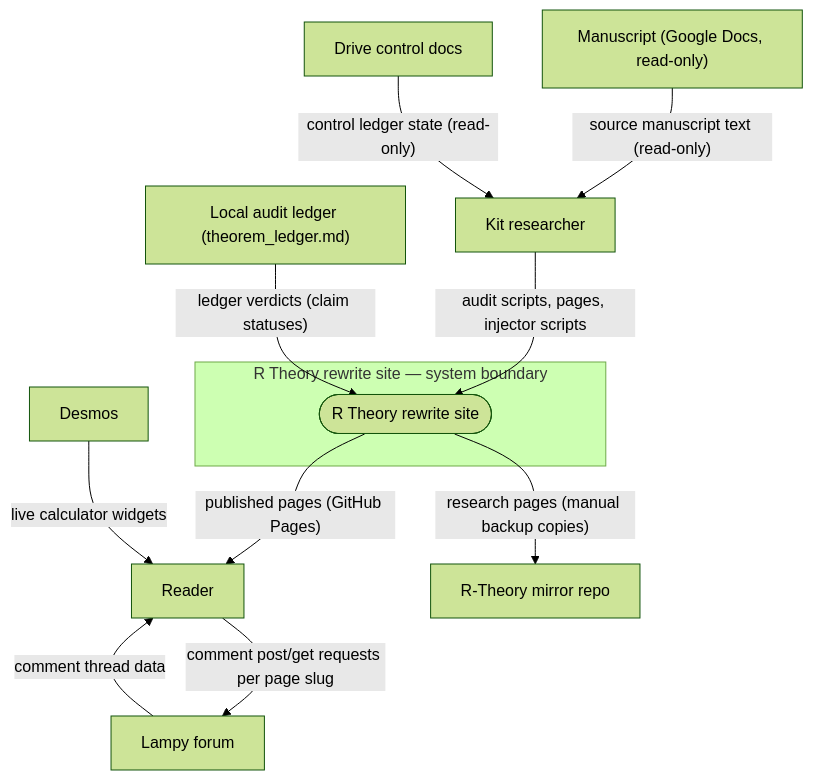
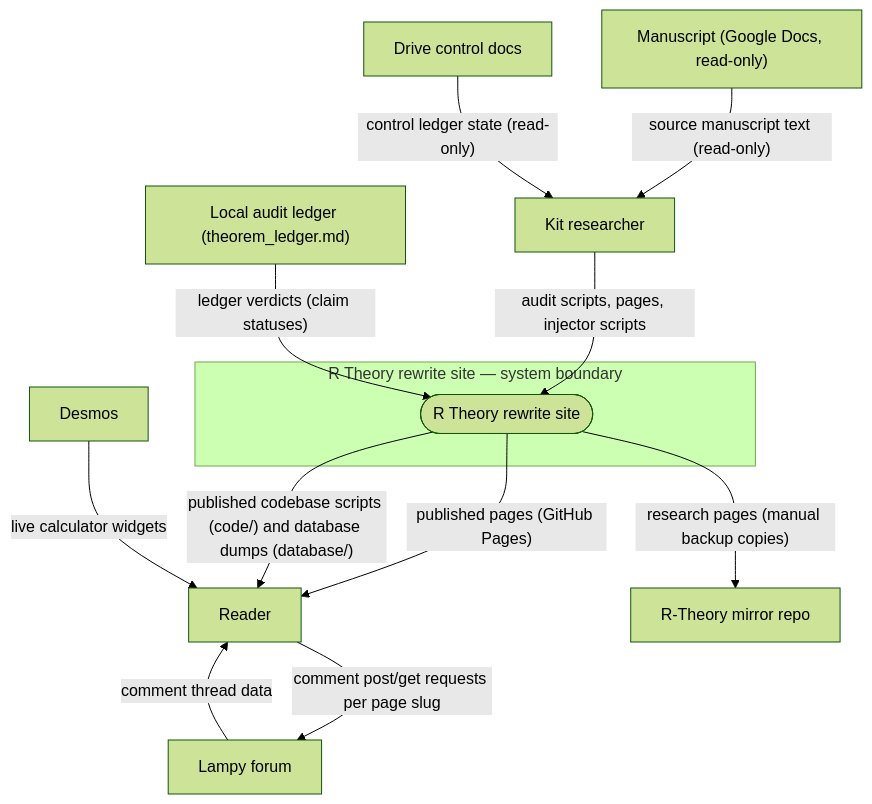
One commit to cosbykit-afk/r-theory-rewrite changed the first of 3 diagrams in docs/architecture.md. Above: the diagram before and after it, drawn with Mermaid (forest theme). The commit also changed other lines of this file, not shown here.

Commit message:
docs: update SAD architecture diagrams (Books 23-24, Volume V, Appendix Q code/, database/ dumps)

````diff
--- a/docs/architecture.md
+++ b/docs/architecture.md
@@ -7,23 +9,24 @@
 ```mermaid
 flowchart
     E1["Kit researcher"]
     E2["Reader"]
     E3["Lampy forum"]
     E4["Desmos"]
     E5["Drive control docs"]
     E6["R-Theory mirror repo"]
     E7["Manuscript (Google Docs, read-only)"]
     E8["Local audit ledger (theorem_ledger.md)"]
     subgraph BOUNDARY["R Theory rewrite site — system boundary"]
         SYS(["R Theory rewrite site"])
     end
     E7 -->|"source manuscript text (read-only)"| E1
     E5 -->|"control ledger state (read-only)"| E1
     E1 -->|"audit scripts, pages, injector scripts"| SYS
     E8 -->|"ledger verdicts (claim statuses)"| SYS
     SYS -->|"published pages (GitHub Pages)"| E2
+    SYS -->|"published codebase scripts (code/) and database dumps (database/)"| E2
     E4 -->|"live calculator widgets"| E2
     E2 -->|"comment post/get requests per page slug"| E3
     E3 -->|"comment thread data"| E2
     SYS -->|"research pages (manual backup copies)"| E6
 ```
````
